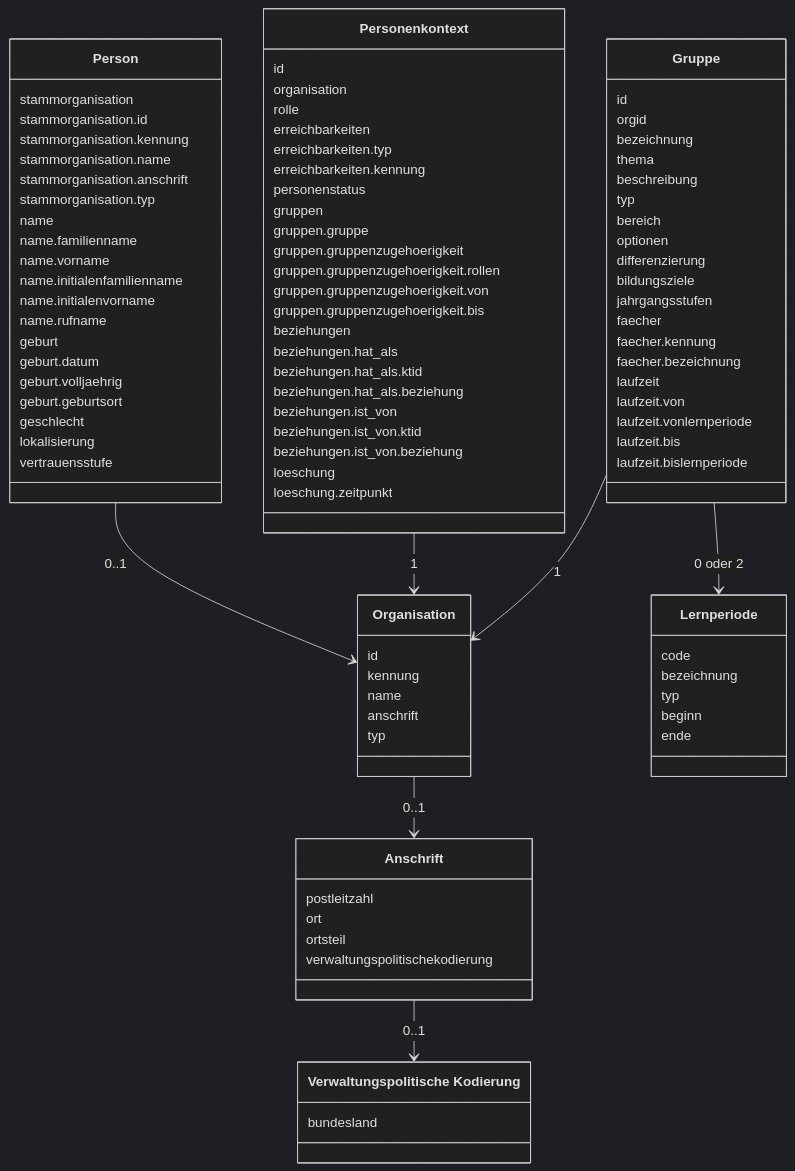
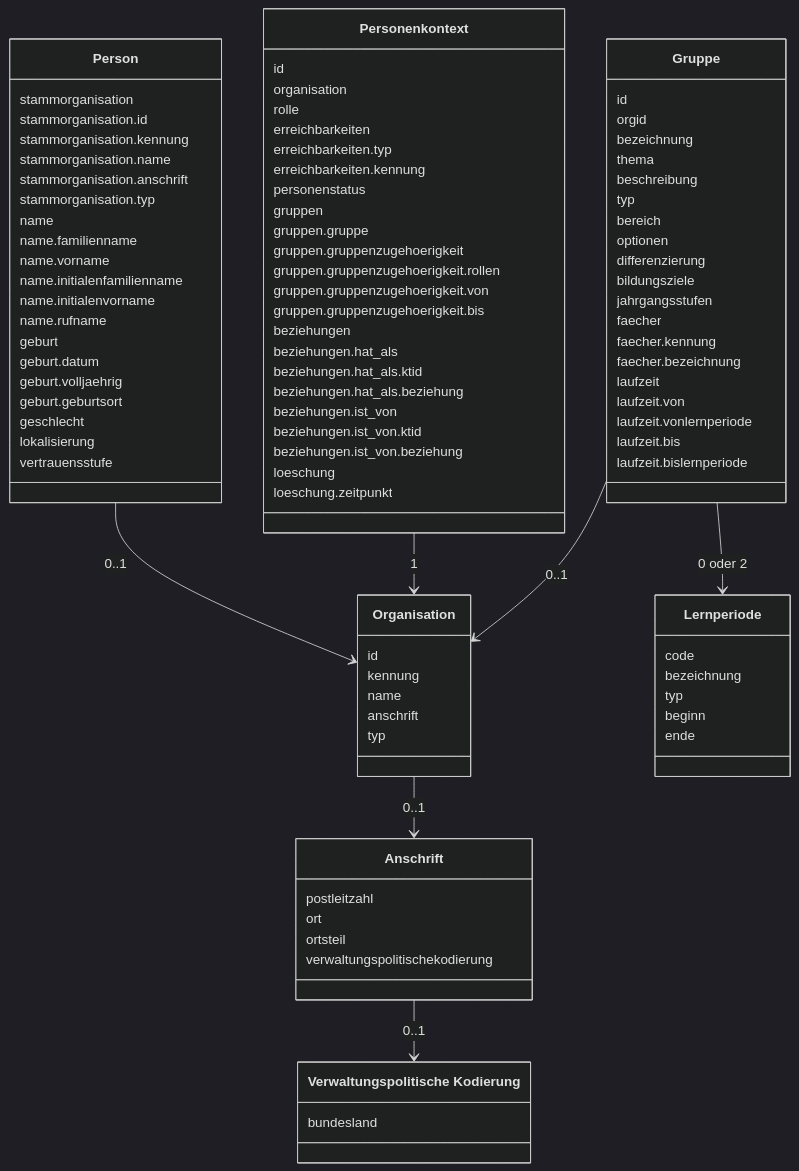
One commit to Schulconnex/Schulconnex changed the diagram in docs/datenmodell-dienste/datenmodell.md. Above: the diagram before and after it, drawn with Mermaid (dark theme). The commit also changed 1 other file, not shown here.

Commit message:
#562 Kardinalität Gruppe–Organisation im Datenmodell auf 0..1 korrigiert

```diff
--- a/docs/datenmodell-dienste/datenmodell.md
+++ b/docs/datenmodell-dienste/datenmodell.md
@@ -39,7 +39,7 @@
   Personenkontext --> Organisation : 1
   Organisation --> Anschrift : 0..1
   Anschrift --> Verwaltungspolitische_Kodierung: 0..1
-  Gruppe --> Organisation : 1
+  Gruppe --> Organisation : 0..1
   Gruppe --> Lernperiode : 0 oder 2
   class Person {
     stammorganisation
```
